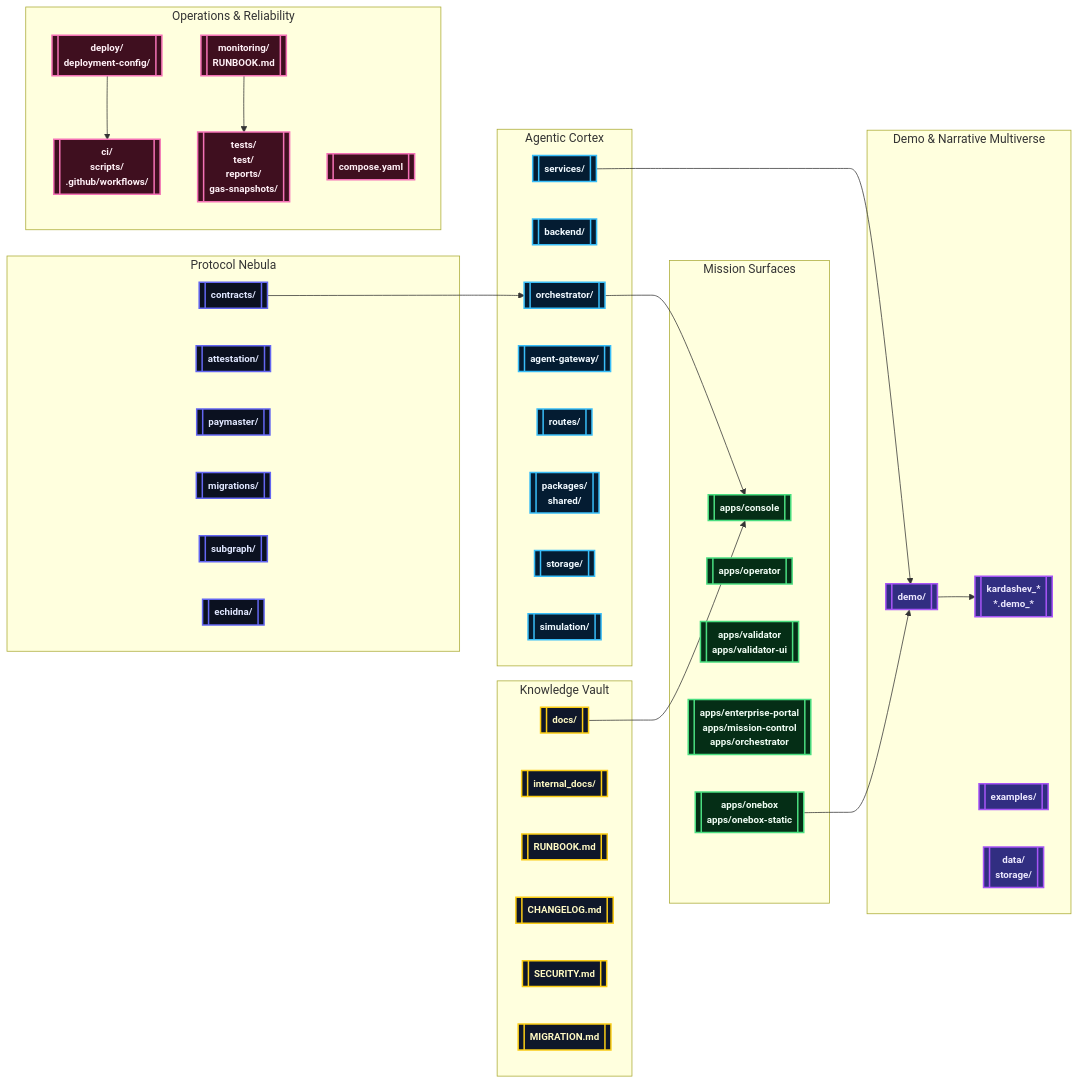
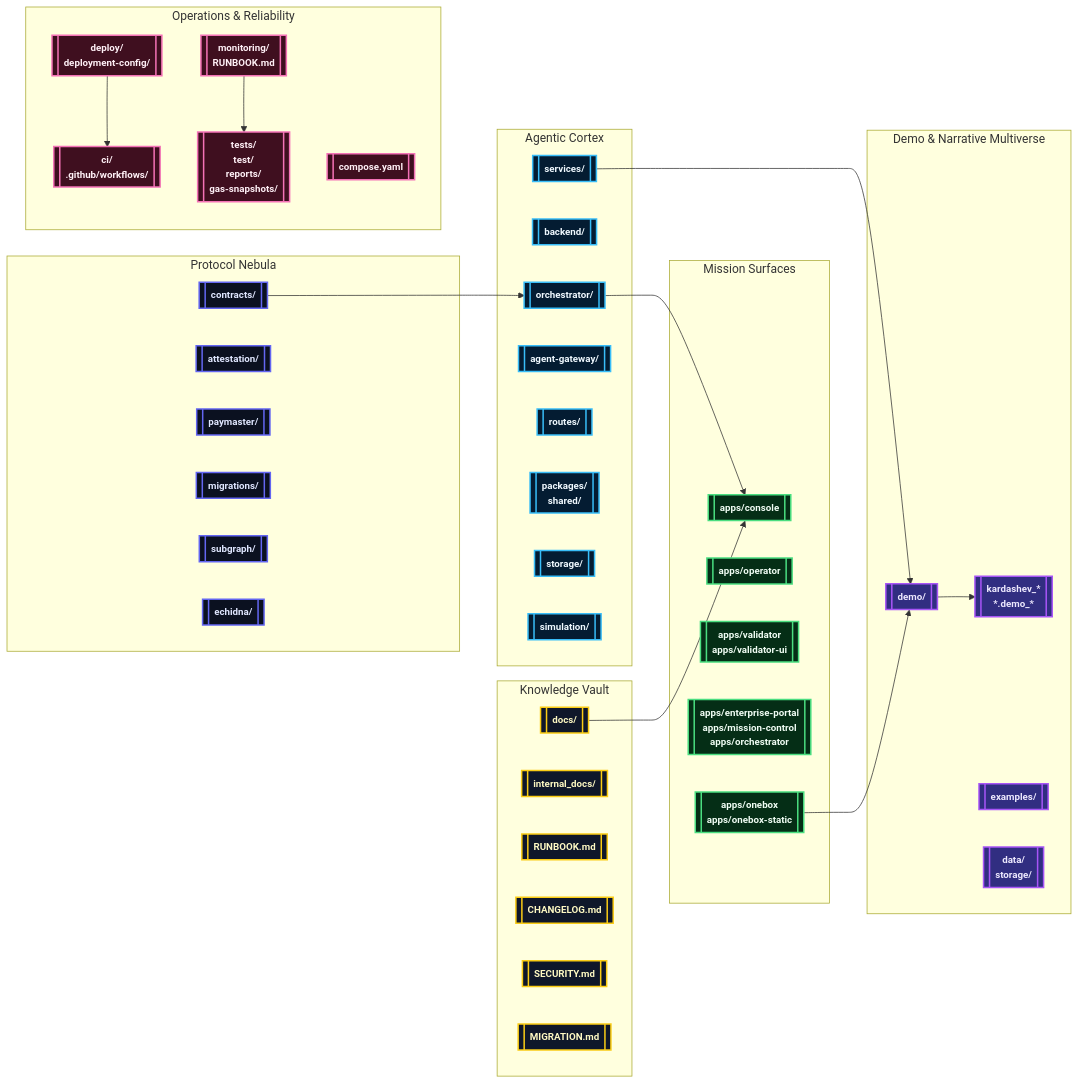
One commit to MontrealAI/AGIJobsv0 changed the diagram in README.md. Above: the diagram before and after it, drawn with Mermaid. The commit also changed other lines of this file, not shown here.

````diff
--- a/README.md
+++ b/README.md
@@ -46,71 +48,71 @@
 ```mermaid
 %% Grandiose orbital map of AGI Jobs v0 (v2)
 flowchart LR
     classDef protocol fill:#0b1120,stroke:#6366f1,color:#e0e7ff,font-size:13px,font-weight:bold,stroke-width:2px;
     classDef cortex fill:#041c32,stroke:#38bdf8,color:#f0f9ff,font-size:13px,font-weight:bold,stroke-width:2px;
     classDef surfaces fill:#052e16,stroke:#4ade80,color:#f0fdf4,font-size:13px,font-weight:bold,stroke-width:2px;
     classDef ops fill:#3f0f1f,stroke:#f472b6,color:#fff0f6,font-size:13px,font-weight:bold,stroke-width:2px;
     classDef demos fill:#312e81,stroke:#a855f7,color:#ede9fe,font-size:13px,font-weight:bold,stroke-width:2px;
     classDef knowledge fill:#0f172a,stroke:#facc15,color:#fef9c3,font-size:13px,font-weight:bold,stroke-width:2px;
 
     subgraph "Protocol Nebula"
         contracts[[contracts/]]:::protocol
         attestation[[attestation/]]:::protocol
         paymaster[[paymaster/]]:::protocol
         migrations[[migrations/]]:::protocol
         subgraphSvc[[subgraph/]]:::protocol
         echidnaLab[[echidna/]]:::protocol
     end
 
     subgraph "Agentic Cortex"
         orchestrator[[orchestrator/]]:::cortex
         backendSvc[[backend/]]:::cortex
         servicesHub[[services/]]:::cortex
         agentGateway[[agent-gateway/]]:::cortex
         routesHub[[routes/]]:::cortex
         packagesHub[[packages/\nshared/]]:::cortex
         storageHub[[storage/]]:::cortex
         simulationHub[[simulation/]]:::cortex
     end
 
     subgraph "Mission Surfaces"
         console[[apps/console]]:::surfaces
         operator[[apps/operator]]:::surfaces
         validatorApp[[apps/validator\napps/validator-ui]]:::surfaces
         enterprise[[apps/enterprise-portal\napps/mission-control\napps/orchestrator]]:::surfaces
         onebox[[apps/onebox\napps/onebox-static]]:::surfaces
     end
 
     subgraph "Operations & Reliability"
         deploy[[deploy/\ndeployment-config/]]:::ops
-        ci[[ci/\nscripts/\n.github/workflows/]]:::ops
+        ci[[ci/\n.github/workflows/]]:::ops
         monitoring[[monitoring/\nRUNBOOK.md]]:::ops
         qa[[tests/\ntest/\nreports/\ngas-snapshots/]]:::ops
         compose[[compose.yaml]]:::ops
     end
 
     subgraph "Demo & Narrative Multiverse"
         demosRoot[[demo/]]:::demos
         kardashev[[kardashev_*\n*.demo_*]]:::demos
         examples[[examples/]]:::demos
         datavault[[data/\nstorage/]]:::demos
     end
 
     subgraph "Knowledge Vault"
         docsNode[[docs/]]:::knowledge
         internalNode[[internal_docs/]]:::knowledge
         runbookNode[[RUNBOOK.md]]:::knowledge
         changelogNode[[CHANGELOG.md]]:::knowledge
         securityNode[[SECURITY.md]]:::knowledge
         migrationNode[[MIGRATION.md]]:::knowledge
     end
 
     contracts --> orchestrator
     orchestrator --> console
     servicesHub --> demosRoot
     onebox --> demosRoot
     deploy --> ci
     monitoring --> qa
     demosRoot --> kardashev
     docsNode --> console
 ```
````
